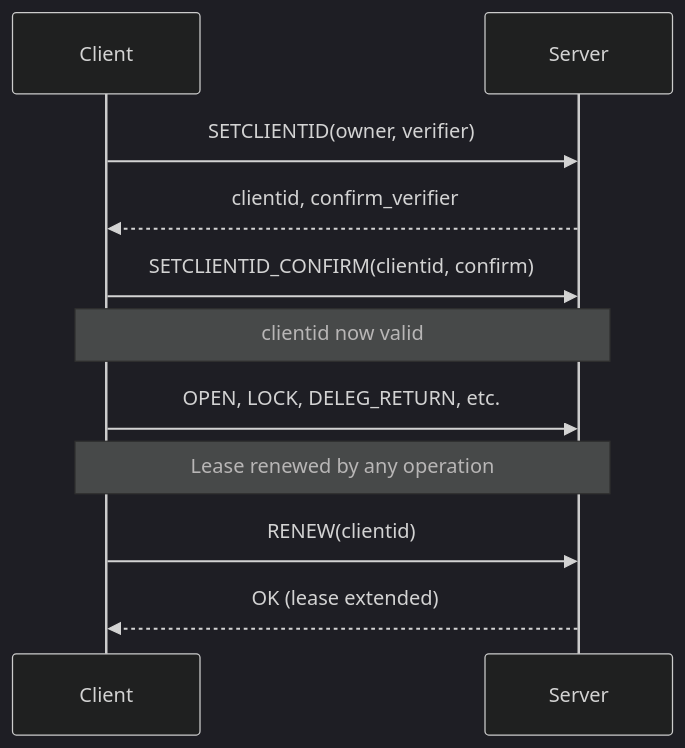
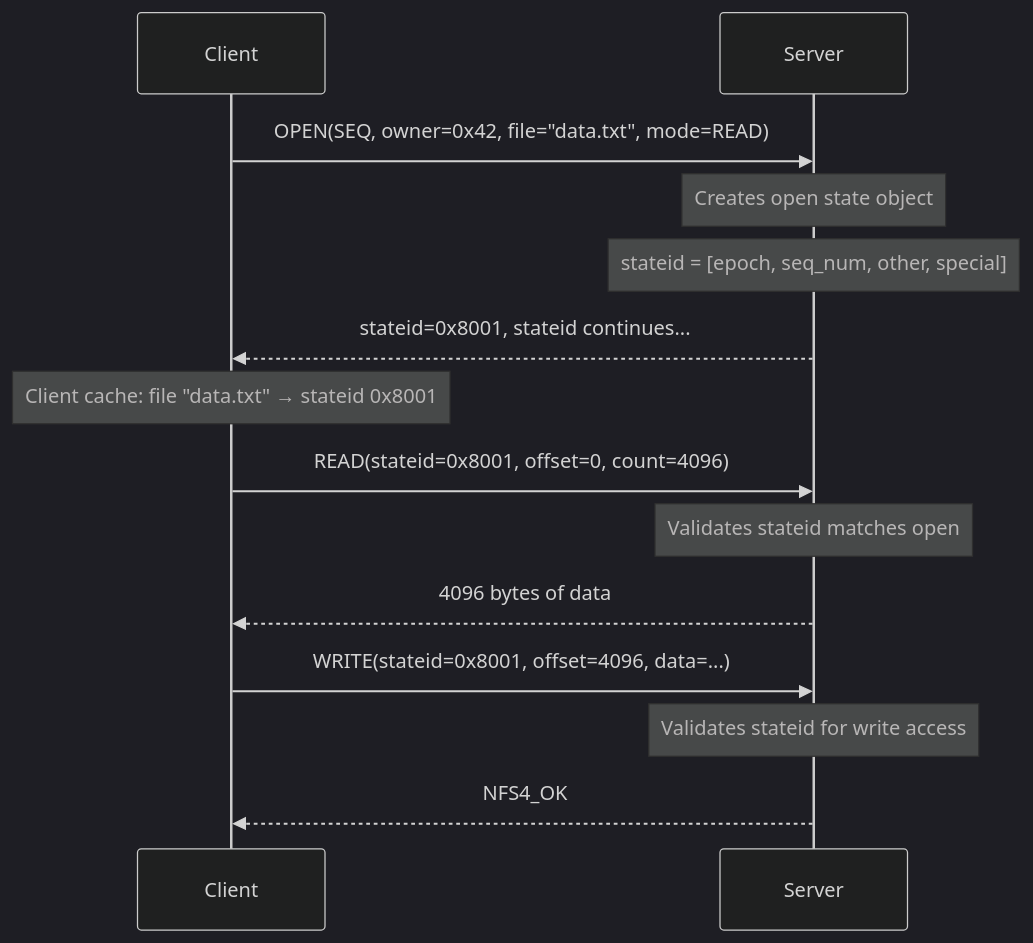
Before and after one commit to darrenstarr/dnfs: the first of 2 diagrams in docs/nfs-ebook/ch03-nfsv4.md, drawn with Mermaid (dark theme). The commit also changed other lines of this file and 9 other files, not shown here.

````diff
--- a/docs/nfs-ebook/ch03-nfsv4.md
+++ b/docs/nfs-ebook/ch03-nfsv4.md
@@ -101,13 +69,16 @@
 ```mermaid
 sequenceDiagram
     participant C as Client
     participant S as Server
-    C->>S: SETCLIENTID(owner, verifier)
-    S-->>C: clientid, confirm_verifier
-    C->>S: SETCLIENTID_CONFIRM(clientid, confirm)
-    Note over C,S: clientid now valid
-    C->>S: OPEN, LOCK, DELEG_RETURN, etc.
-    Note over C,S: Lease renewed by any operation
-    C->>S: RENEW(clientid)
-    S-->>C: OK (lease extended)
+    C->>S: OPEN(SEQ, owner=0x42, file="data.txt", mode=READ)
+    Note over S: Creates open state object
+    Note over S: stateid = [epoch, seq_num, other, special]
+    S-->>C: stateid=0x8001, stateid continues...
+    Note over C: Client cache: file "data.txt" → stateid 0x8001
+    C->>S: READ(stateid=0x8001, offset=0, count=4096)
+    Note over S: Validates stateid matches open
+    S-->>C: 4096 bytes of data
+    C->>S: WRITE(stateid=0x8001, offset=4096, data=...)
+    Note over S: Validates stateid for write access
+    S-->>C: NFS4_OK
 ```
````
